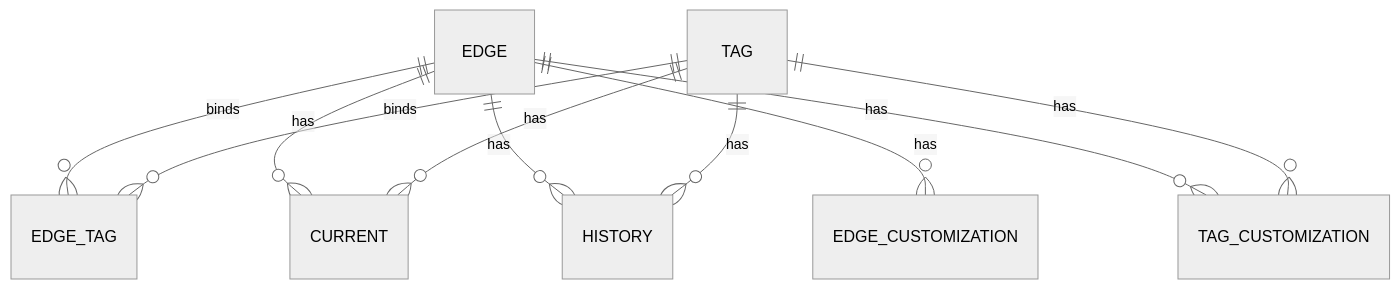
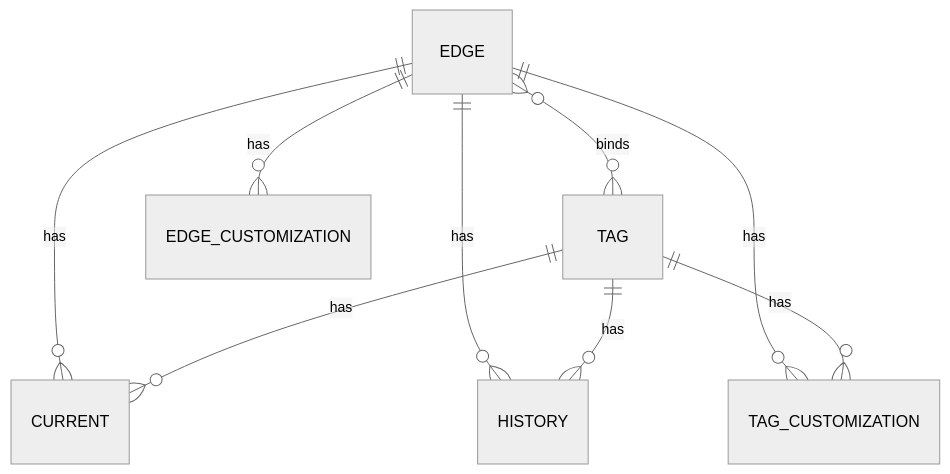
The first of 2 diagrams in README.md (Greact-drill/greact.drill.cloud), drawn with Mermaid (neutral theme) before and after one commit. The commit also changed other lines of this file and 12 other files, not shown here.

````diff
--- a/README.md
+++ b/README.md
@@ -13,12 +13,11 @@
 ```mermaid
 erDiagram
-  EDGE ||--o{ EDGE_TAG : binds
-  TAG  ||--o{ EDGE_TAG : binds
+  EDGE }o--o{ TAG : binds
   EDGE ||--o{ CURRENT  : has
   TAG  ||--o{ CURRENT  : has
   EDGE ||--o{ HISTORY  : has
   TAG  ||--o{ HISTORY  : has
   EDGE ||--o{ EDGE_CUSTOMIZATION : has
   EDGE ||--o{ TAG_CUSTOMIZATION  : has
   TAG  ||--o{ TAG_CUSTOMIZATION  : has
 ```
````
